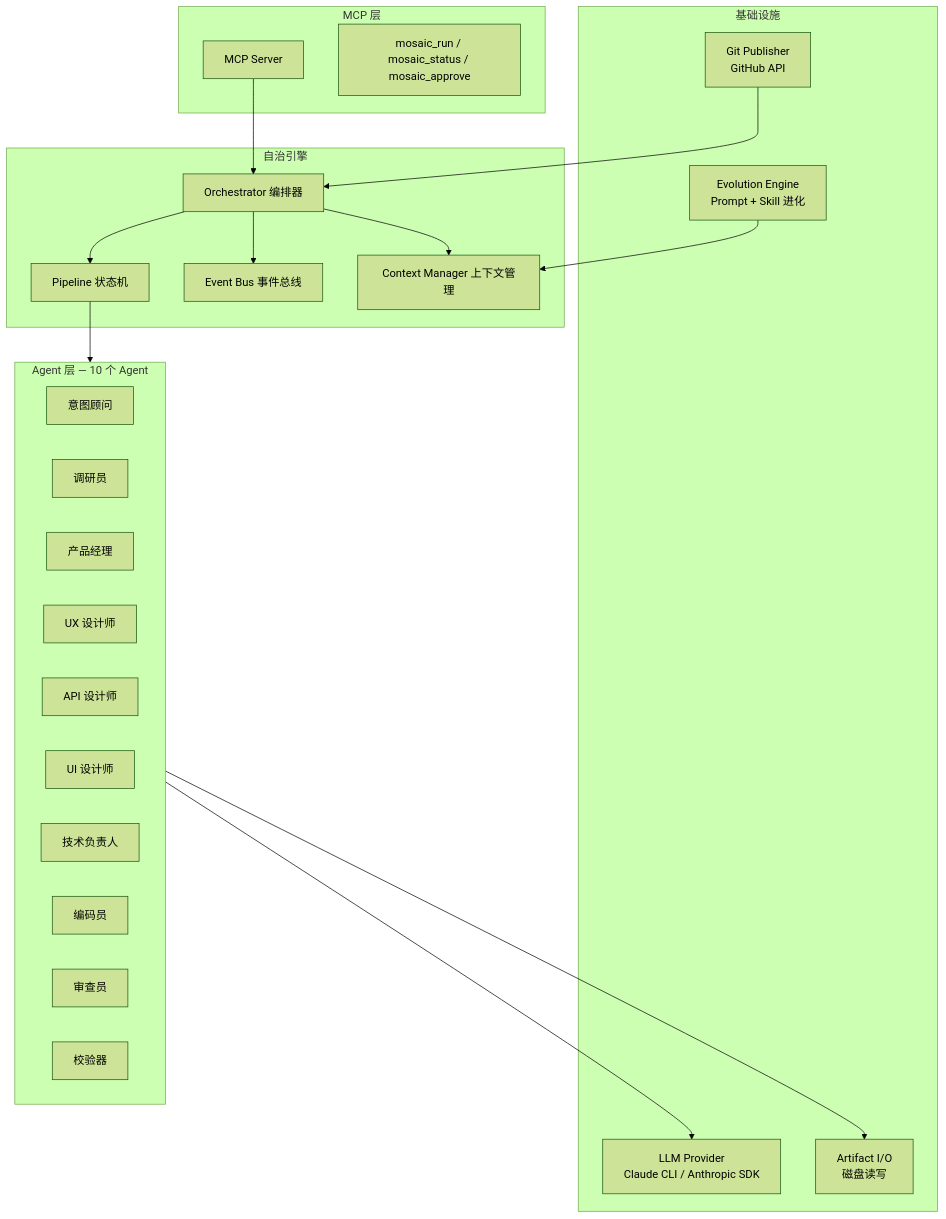
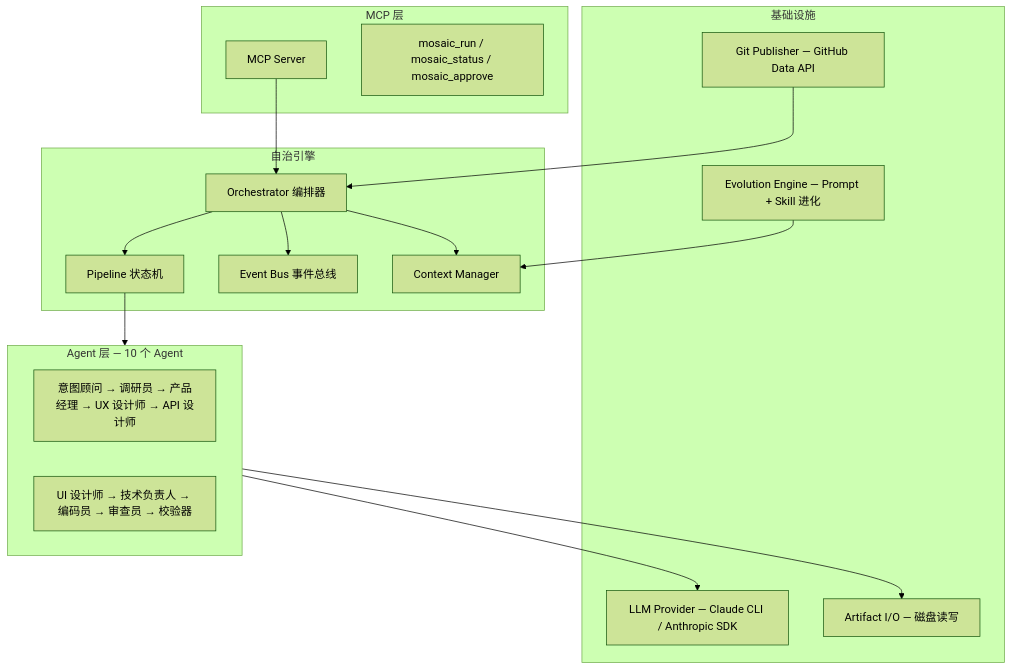
Before and after one commit to ZB-ur/mosaicat: the third of 3 diagrams in README.zh-CN.md, drawn with Mermaid (forest theme). The commit also changed other lines of this file and 1 other file, not shown here.

````diff
--- a/README.zh-CN.md
+++ b/README.zh-CN.md
@@ -221,44 +215,37 @@
 ```mermaid
 graph TB
     subgraph MCP["MCP 层"]
-        MCPServer[MCP Server]
-        MCPTools[mosaic_run / mosaic_status / mosaic_approve]
+        MCPServer["MCP Server"]
+        MCPTools["mosaic_run / mosaic_status / mosaic_approve"]
     end
 
     subgraph Engine["自治引擎"]
-        Orch[Orchestrator 编排器]
-        Pipeline[Pipeline 状态机]
-        EventBus[Event Bus 事件总线]
-        CtxMgr[Context Manager 上下文管理]
+        Orch["Orchestrator 编排器"]
+        Pipeline["Pipeline 状态机"]
+        EventBus["Event Bus 事件总线"]
+        CtxMgr["Context Manager"]
     end
 
     subgraph Agents["Agent 层 — 10 个 Agent"]
-        IC3[意图顾问]
-        R3[调研员]
-        PO3[产品经理]
-        UX3[UX 设计师]
-        API3[API 设计师]
-        UI3[UI 设计师]
-        TL3[技术负责人]
-        C3[编码员]
-        RV3[审查员]
-        V3[校验器]
+        direction LR
+        A1["意图顾问 → 调研员 → 产品经理 → UX 设计师 → API 设计师"]
+        A2["UI 设计师 → 技术负责人 → 编码员 → 审查员 → 校验器"]
     end
 
     subgraph Infra["基础设施"]
-        Provider[LLM Provider<br/>Claude CLI / Anthropic SDK]
-        Git[Git Publisher<br/>GitHub API]
-        Artifacts[Artifact I/O<br/>磁盘读写]
-        Evolution[Evolution Engine<br/>Prompt + Skill 进化]
+        Provider["LLM Provider — Claude CLI / Anthropic SDK"]
+        Git["Git Publisher — GitHub Data API"]
+        Artifacts["Artifact I/O — 磁盘读写"]
+        Evolution["Evolution Engine — Prompt + Skill 进化"]
     end
 
     MCPServer --> Orch
     Orch --> Pipeline
     Orch --> EventBus
     Orch --> CtxMgr
     Pipeline --> Agents
     Agents --> Provider
     Agents --> Artifacts
     Git --> Orch
     Evolution --> CtxMgr
 ```
````
